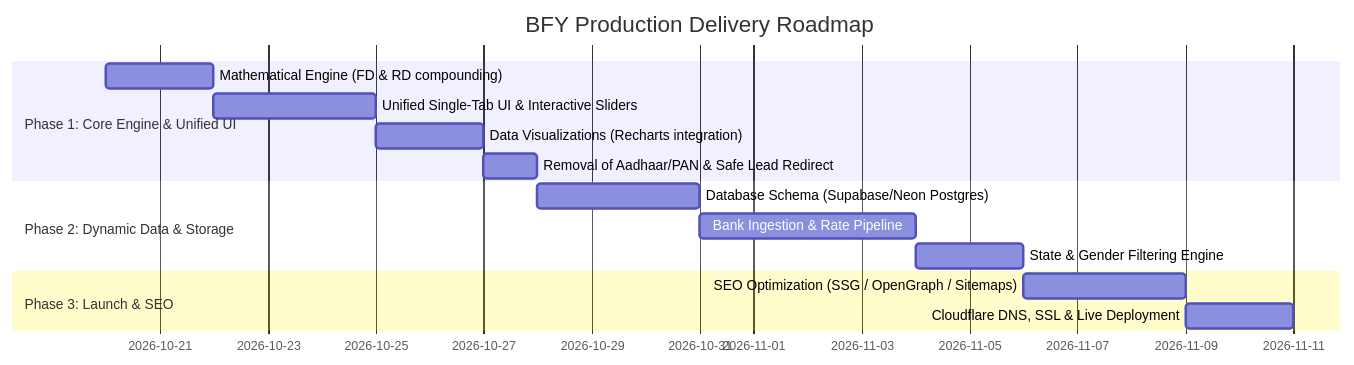
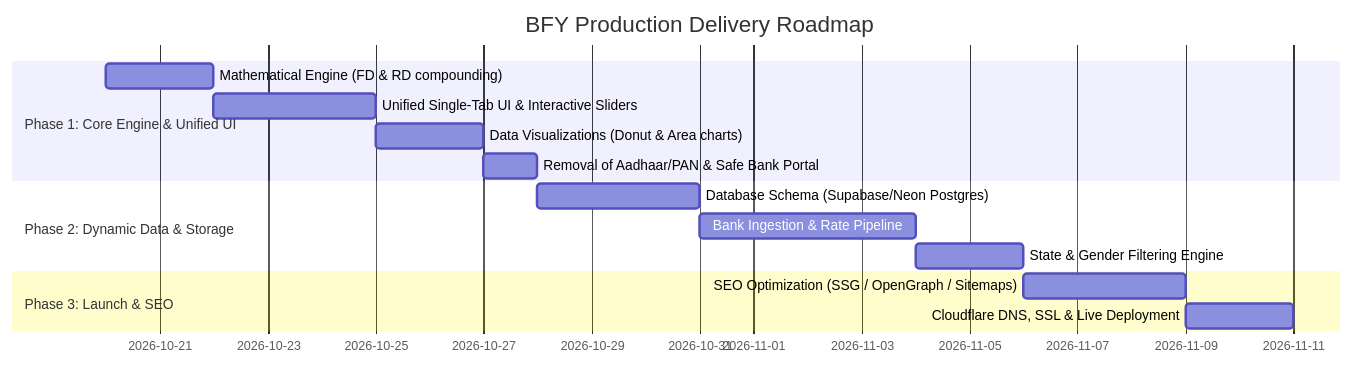
Before and after one commit to veerendrageddam/Bharat-Fixed-Yield: the diagram in context.md, drawn with Mermaid. The commit also changed other lines of this file and 3 other files, not shown here.

Commit message:
docs: add implementation roadmap tracking and package-lock dependency configuration

````diff
--- a/context.md
+++ b/context.md
@@ -198,17 +200,17 @@
 ```mermaid
 gantt
     title BFY Production Delivery Roadmap
     dateFormat  YYYY-MM-DD
     section Phase 1: Core Engine & Unified UI
     Mathematical Engine (FD & RD compounding) :p1_1, 2026-10-20, 2d
     Unified Single-Tab UI & Interactive Sliders :p1_2, after p1_1, 3d
-    Data Visualizations (Recharts integration) :p1_3, after p1_2, 2d
-    Removal of Aadhaar/PAN & Safe Lead Redirect:p1_4, after p1_3, 1d
+    Data Visualizations (Donut & Area charts)  :p1_3, after p1_2, 2d
+    Removal of Aadhaar/PAN & Safe Bank Portal :p1_4, after p1_3, 1d
     section Phase 2: Dynamic Data & Storage
     Database Schema (Supabase/Neon Postgres)  :p2_1, after p1_4, 3d
     Bank Ingestion & Rate Pipeline            :p2_2, after p2_1, 4d
     State & Gender Filtering Engine           :p2_3, after p2_2, 2d
     section Phase 3: Launch & SEO
     SEO Optimization (SSG / OpenGraph / Sitemaps):p3_1, after p2_3, 3d
     Cloudflare DNS, SSL & Live Deployment     :p3_2, after p3_1, 2d
 ```
````
